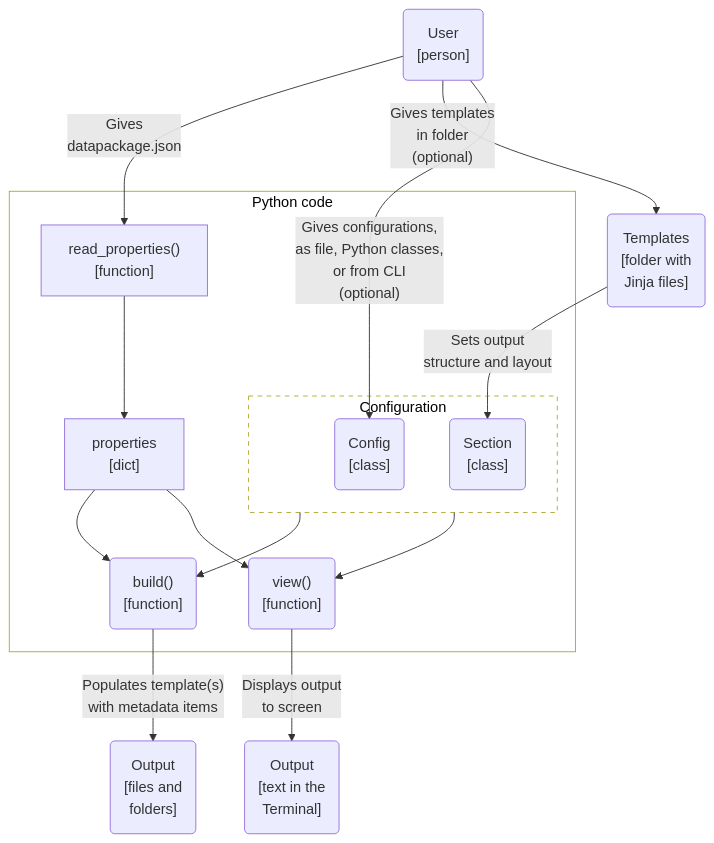
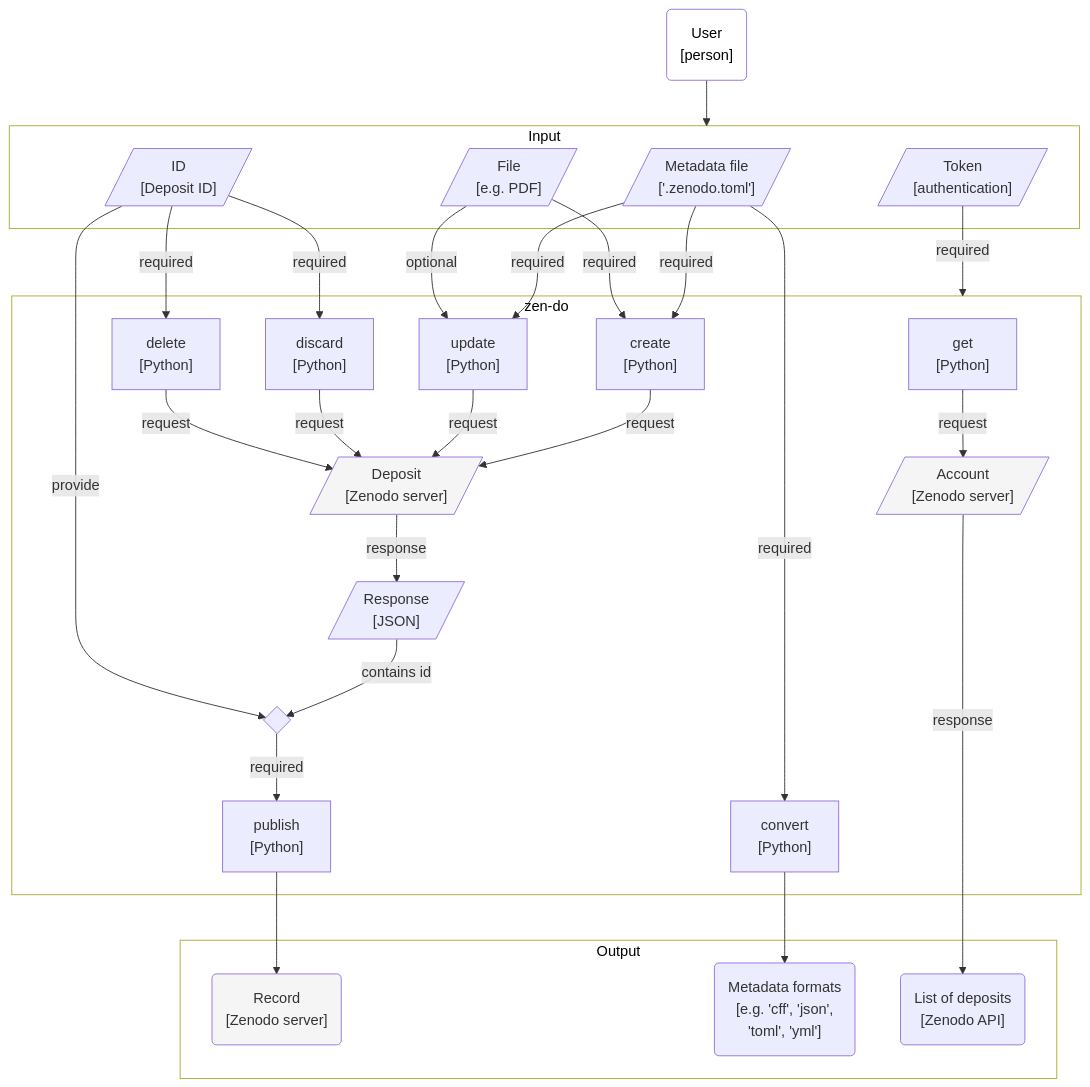
One commit to seedcase-project/zen-do changed the second of 2 diagrams in docs/design/architecture.qmd. Above: the diagram before and after it, drawn with Mermaid. The commit also changed other lines of this file and 1 other file, not shown here.

Commit message:
docs: :building_construction: architecture docs for zen-do

````diff
--- a/docs/design/architecture.qmd
+++ b/docs/design/architecture.qmd
@@ -141,36 +105,58 @@
 ```{mermaid}
-%%| label: fig-c4-component
-%%| fig-cap: "C4 component diagram showing the parts of the Python package that contribute to the CLI and their connections."
+%%| label: fig-c4-container
+%%| fig-cap: "Diagram showing the inputs, outputs, and actions within zen-do. Parallogram boxes represent input and output, the rectangles represents actions, and the rounded boxes represent the start and end points of the flow. The gray boxes represent external systems, in this case, the Zenodo server."
+%%| fig-alt: "Flowchart diagram with boxes and arrows/connections for the different objects and actions, focusing on the content of zen-do. The user interacts with the metadata file, the metadata formats, and the file(s) to add to a deposit while the zen-do CLI contains several actions to interact with the Zenodo server for both deposits and records."
 flowchart TB
-    subgraph package["Python code"]
-        subgraph cfg["Configuration"]
-            config("Config<br>[class]")
-            section("Section<br>[class]")
-        end
+    user("User<br>[person]"):::user
 
-        read_properties["read_properties()<br>[function]"]
-        properties["properties<br>[dict]"]
-        build("build()<br>[function]")
-        view("view()<br>[function]")
-
-        read_properties --> properties
-        properties --> build & view
-        cfg --> build & view
+    subgraph input ["Input"]
+        metadata[/"Metadata file<br>['.zenodo.toml']"/]
+        file[/"File<br>[e.g. PDF]"/]
+        token[/"Token<br>[authentication]"/]
+        id[/"ID<br>[Deposit ID]"/]
     end
 
-    user("User<br>[person]")
-    templates("Templates<br>[folder with<br>Jinja files]")
-    output_files("Output<br>[files and<br>folders]")
-    output_screen("Output<br>[text in the<br>Terminal]")
+    subgraph zen-do
+        get["get<br>[Python]"]
+        convert["convert<br>[Python]"]
+        create["create<br>[Python]"]
+        update["update<br>[Python]"]
+        publish["publish<br>[Python]"]
+        discard["discard<br>[Python]"]
+        delete["delete<br>[Python]"]
+        response_put[/"Response<br>[JSON]"/]
+        deposit[/"Deposit<br>[Zenodo server]"/]:::external
+        account[/"Account<br>[Zenodo server]"/]:::external
 
-    user --"Gives<br>datapackage.json"--> read_properties
-    user --"Gives templates<br>in folder<br>(optional)"--> templates
-    user --"Gives configurations,<br>as file, Python classes,<br>or from CLI<br>(optional)"--> config
-    templates --"Sets output<br>structure and layout"--> section
-    build --"Populates template(s)<br>with metadata items"--> output_files
-    view --"Displays output<br>to screen"--> output_screen
+        create & update & discard & delete -->|request| deposit
+        deposit -->|response| response_put
+        response_put -->|contains id| either_id
+        either_id{" "} -->|required| publish
+        get -->|request| account
+    end
+
+    subgraph output ["Output"]
+        record("Record<br>[Zenodo server]"):::external
+        metadata_formats("Metadata formats<br>[e.g. 'cff', 'json',<br>'toml', 'yml']")
+        deposit_list("List of deposits<br>[Zenodo API]")
+
+        account -->|response| deposit_list
+        convert --> metadata_formats
+        publish --> record
+    end
+
+    user --> input
+    token -->|required| zen-do
+    id -->|required| discard & delete
+    id -->|provide| either_id
+    metadata -->|required| create & update & convert
+    file -->|required| create
+    file -->|optional| update
 
     %% Styling
-    style package fill:#FFFFFF, color:#000000
-    style cfg fill:#FFFFFF, color:#000000, stroke-dasharray: 5 5
+    style zen-do fill:#FFFFFF,color:#000000;
+    style output fill:#FFFFFF,color:#000000;
+    style input fill:#FFFFFF,color:#000000;
+    classDef user fill:#FFFFFF,color:#000000;
+    classDef external fill:#F5F5F5;
 ```
````
